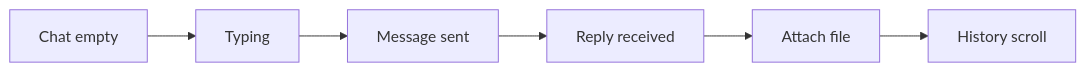
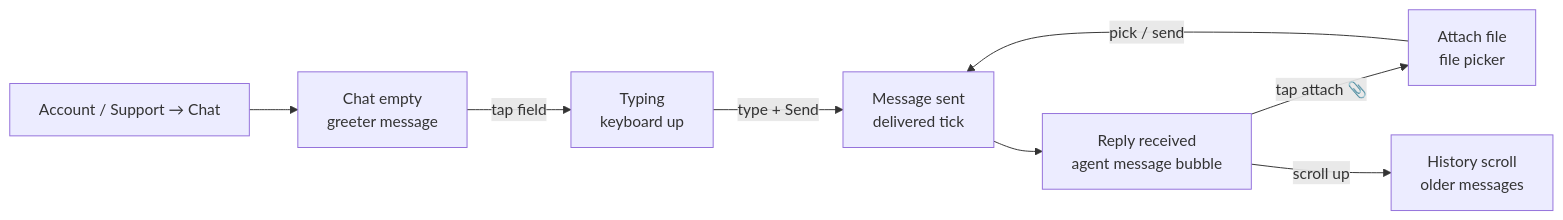
One commit to SardorAllaberganov/UI-Projects changed the fourth of 7 diagrams in Unired/User_flows/09_Information_Engagement.md. Above: the diagram before and after it, drawn with Mermaid. The commit also changed other lines of this file and 10 other files, not shown here.

First line of the commit message:
Expand Unired user-flow docs with detailed steps

````diff
--- a/Unired/User_flows/09_Information_Engagement.md
+++ b/Unired/User_flows/09_Information_Engagement.md
@@ -126,8 +185,10 @@
 ```mermaid
 flowchart LR
-    Open[Chat empty] --> Typing[Typing]
-    Typing --> Sent[Message sent]
-    Sent --> Reply[Reply received]
-    Reply --> File[Attach file]
-    File --> History[History scroll]
+    Entry[Account / Support → Chat] --> Open[Chat empty<br/>greeter message]
+    Open -->|tap field| Typing[Typing<br/>keyboard up]
+    Typing -->|type + Send| Sent[Message sent<br/>delivered tick]
+    Sent --> Reply[Reply received<br/>agent message bubble]
+    Reply -->|tap attach 📎| File[Attach file<br/>file picker]
+    File -->|pick / send| Sent
+    Reply -->|scroll up| History[History scroll<br/>older messages]
 ```
````
